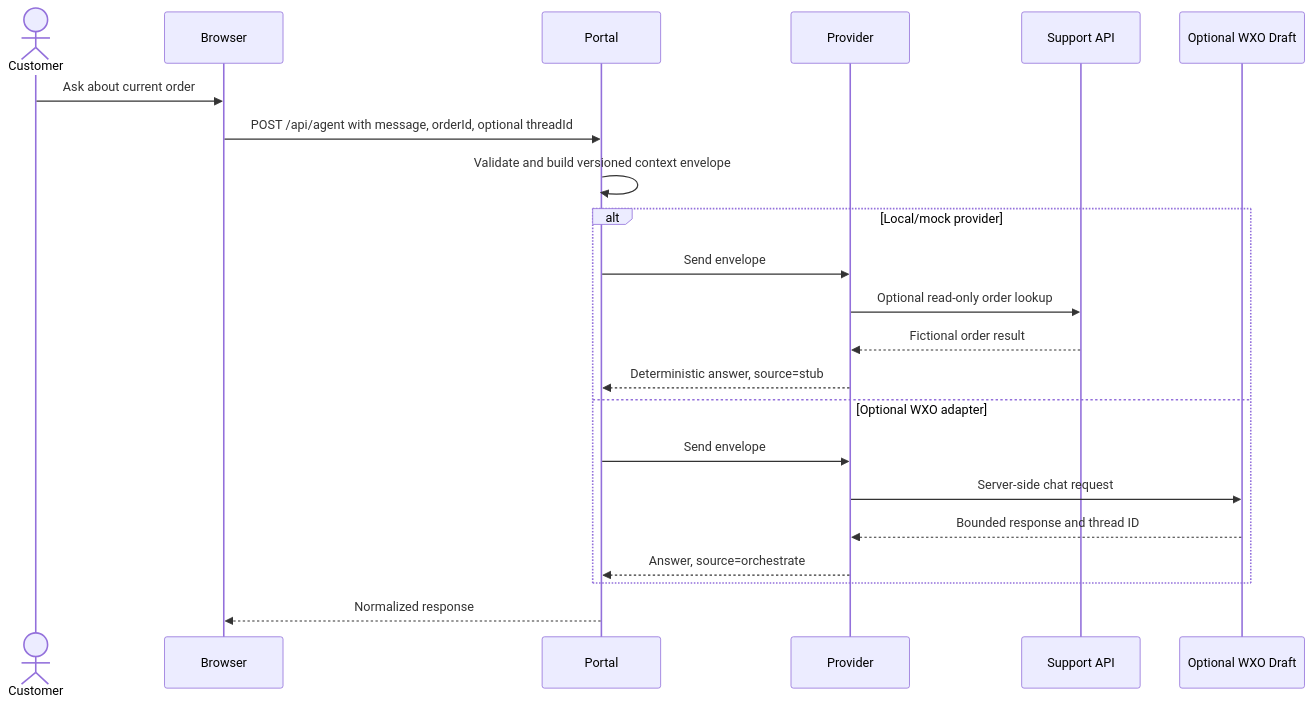
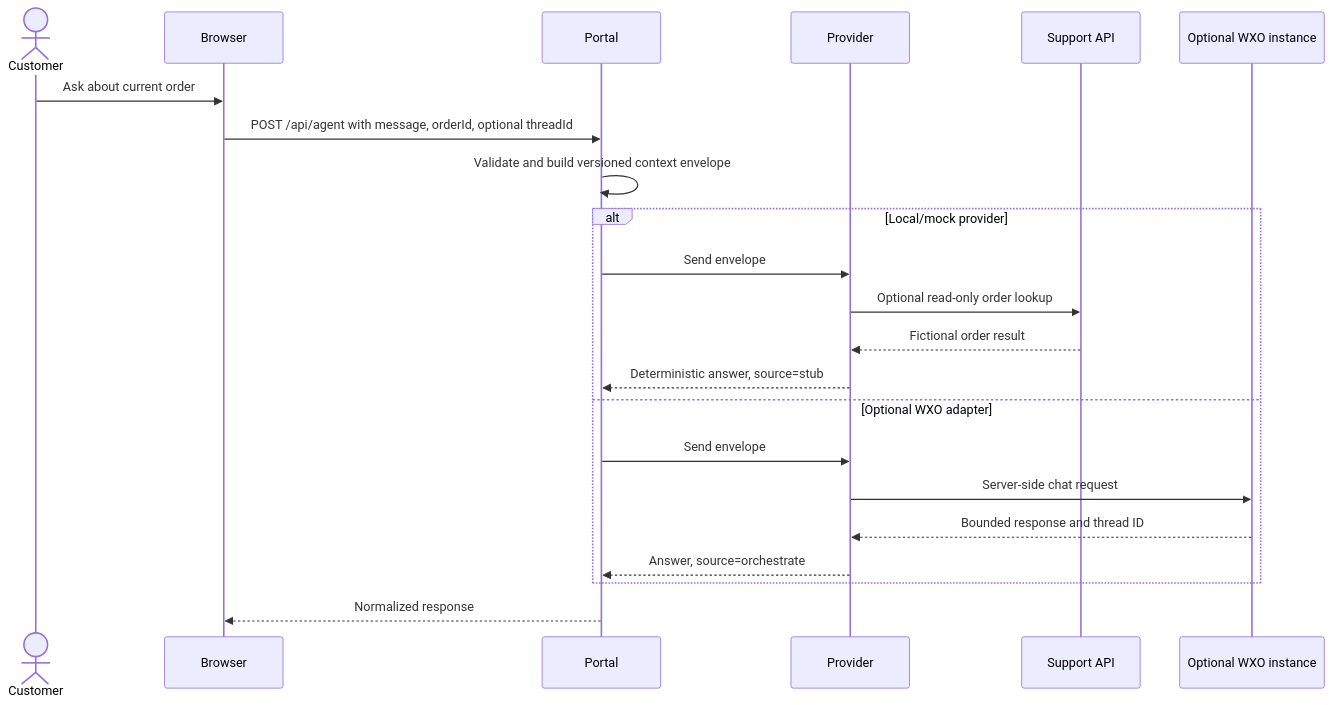
The second of 3 diagrams in docs/data-flow.md (AlexMlodawski/acme-agentic-sdlc-lab), drawn with Mermaid before and after one commit. The commit also changed 21 other files, not shown here.

````diff
--- a/docs/data-flow.md
+++ b/docs/data-flow.md
@@ -26,25 +26,25 @@
 ```mermaid
 sequenceDiagram
   actor Customer
   participant Browser
   participant Portal
   participant Provider
   participant API as Support API
-  participant WXO as Optional WXO Draft
+  participant WXO as Optional WXO instance
 
   Customer->>Browser: Ask about current order
   Browser->>Portal: POST /api/agent with message, orderId, optional threadId
   Portal->>Portal: Validate and build versioned context envelope
   alt Local/mock provider
     Portal->>Provider: Send envelope
     Provider->>API: Optional read-only order lookup
     API-->>Provider: Fictional order result
     Provider-->>Portal: Deterministic answer, source=stub
   else Optional WXO adapter
     Portal->>Provider: Send envelope
     Provider->>WXO: Server-side chat request
     WXO-->>Provider: Bounded response and thread ID
     Provider-->>Portal: Answer, source=orchestrate
   end
   Portal-->>Browser: Normalized response
 ```
````
